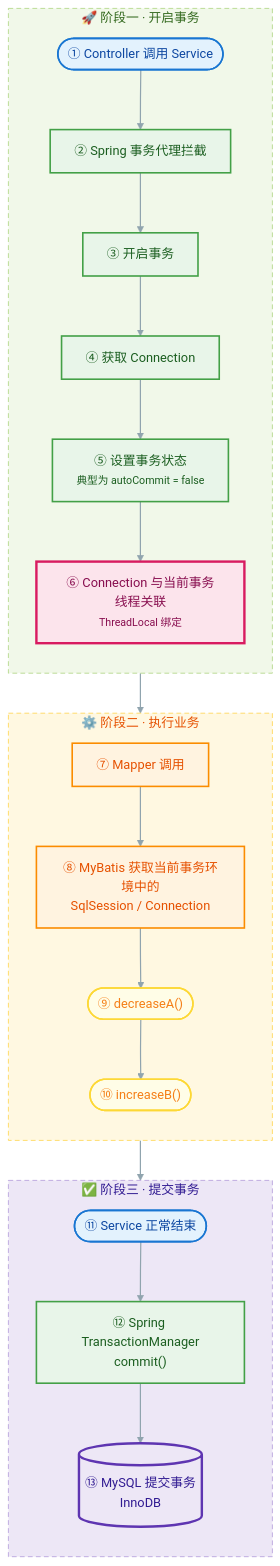
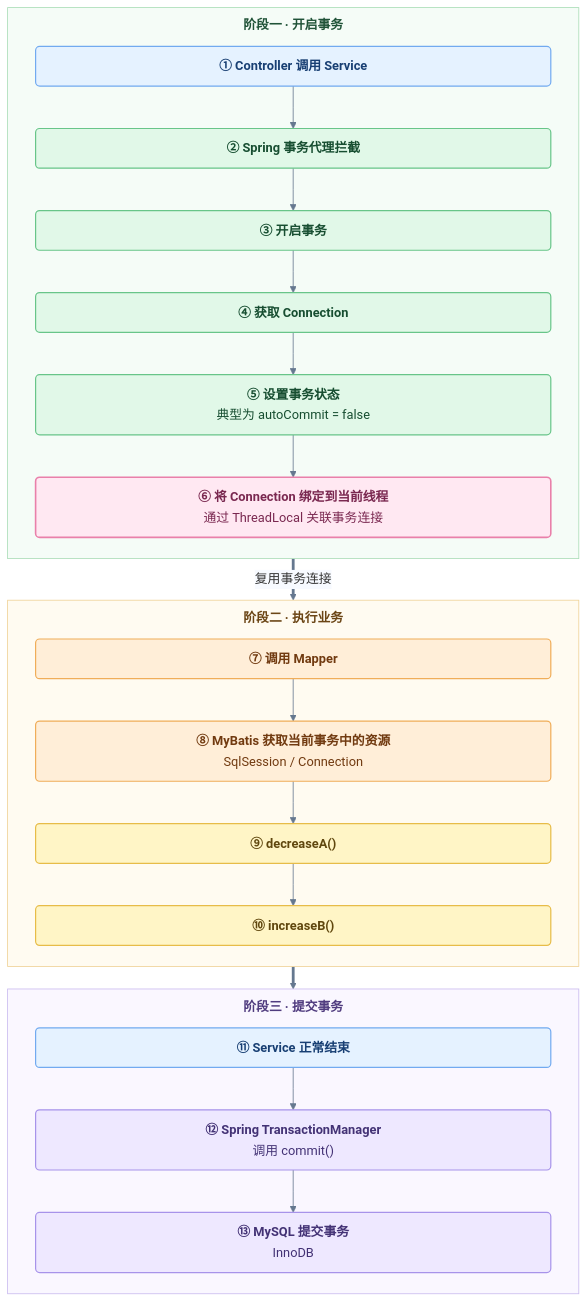
The second of 4 diagrams in 编程语言/JAVA/MyBatis/知识笔记/MyBatis基础篇/MyBatis基础篇.md (scpcddk/Learning-Notes), drawn with Mermaid before and after one commit. The commit also changed 5 other files, not shown here.

````diff
--- a/编程语言/JAVA/MyBatis/知识笔记/MyBatis基础篇/MyBatis基础篇.md
+++ b/编程语言/JAVA/MyBatis/知识笔记/MyBatis基础篇/MyBatis基础篇.md
@@ -2573,50 +2573,45 @@
 ```mermaid
+%%{init: {"htmlLabels": true, "theme": "base", "themeVariables": {"fontSize": "16px", "lineColor": "#65788f", "edgeLabelBackground": "#f7faff"}, "flowchart": {"curve": "linear", "diagramPadding": 12, "rankSpacing": 28, "padding": 12, "wrappingWidth": 680, "subGraphTitleMargin": {"top": 10, "bottom": 12}}}}%%
 flowchart TB
-    %% ============ 阶段一：开启事务 ============
-    subgraph P1["🚀 阶段一 · 开启事务"]
+    subgraph P1["<b>阶段一 · 开启事务</b>"]
         direction TB
-        A(["① Controller 调用 Service"]):::entry
-        B["② Spring 事务代理拦截"]:::spring
-        C["③ 开启事务"]:::spring
-        D["④ 获取 Connection"]:::spring
-        E["⑤ 设置事务状态<br/><small>典型为 autoCommit = false</small>"]:::spring
-        F["⑥ Connection 与当前事务线程关联<br/><small>ThreadLocal 绑定</small>"]:::core
+        A("<div style='width:620px;text-align:center;line-height:1.6'><b>① Controller 调用 Service</b></div>"):::entry
+        B("<div style='width:620px;text-align:center;line-height:1.6'><b>② Spring 事务代理拦截</b></div>"):::spring
+        C("<div style='width:620px;text-align:center;line-height:1.6'><b>③ 开启事务</b></div>"):::spring
+        D("<div style='width:620px;text-align:center;line-height:1.6'><b>④ 获取 Connection</b></div>"):::spring
+        E("<div style='width:620px;text-align:center;line-height:1.6'><b>⑤ 设置事务状态</b><br/>典型为 autoCommit = false</div>"):::spring
+        F("<div style='width:620px;text-align:center;line-height:1.6'><b>⑥ 将 Connection 绑定到当前线程</b><br/>通过 ThreadLocal 关联事务连接</div>"):::connection
         A --> B --> C --> D --> E --> F
     end
 
-    %% ============ 阶段二：执行业务 ============
-    subgraph P2["⚙️ 阶段二 · 执行业务"]
+    subgraph P2["<b>阶段二 · 执行业务</b>"]
         direction TB
-        G["⑦ Mapper 调用"]:::mybatis
-        H["⑧ MyBatis 获取当前事务环境中的<br/>SqlSession / Connection"]:::mybatis
-        I(["⑨ decreaseA()"]):::biz
-        J(["⑩ increaseB()"]):::biz
+        G("<div style='width:620px;text-align:center;line-height:1.6'><b>⑦ 调用 Mapper</b></div>"):::mybatis
+        H("<div style='width:620px;text-align:center;line-height:1.6'><b>⑧ MyBatis 获取当前事务中的资源</b><br/>SqlSession / Connection</div>"):::mybatis
+        I("<div style='width:620px;text-align:center;line-height:1.6'><b>⑨ decreaseA()</b></div>"):::business
+        J("<div style='width:620px;text-align:center;line-height:1.6'><b>⑩ increaseB()</b></div>"):::business
         G --> H --> I --> J
     end
 
-    %% ============ 阶段三：提交事务 ============
-    subgraph P3["✅ 阶段三 · 提交事务"]
+    subgraph P3["<b>阶段三 · 提交事务</b>"]
         direction TB
-        K(["⑪ Service 正常结束"]):::entry
-        L["⑫ Spring TransactionManager<br/>commit()"]:::spring
-        M[("⑬ MySQL 提交事务<br/>InnoDB")]:::db
+        K("<div style='width:620px;text-align:center;line-height:1.6'><b>⑪ Service 正常结束</b></div>"):::entry
+        L("<div style='width:620px;text-align:center;line-height:1.6'><b>⑫ Spring TransactionManager</b><br/>调用 commit()</div>"):::commit
+        M("<div style='width:620px;text-align:center;line-height:1.6'><b>⑬ MySQL 提交事务</b><br/>InnoDB</div>"):::commit
         K --> L --> M
     end
 
-    F ==> G
-    J ==> K
+    P1 ==>|"复用事务连接"| P2
+    P2 ==> P3
 
-    %% ============ 样式 ============
-    classDef entry   fill:#E3F2FD,stroke:#1976D2,stroke-width:2px,color:#0D47A1,rx:20,ry:20;
-    classDef spring  fill:#E8F5E9,stroke:#43A047,stroke-width:2px,color:#1B5E20;
-    classDef mybatis fill:#FFF3E0,stroke:#FB8C00,stroke-width:2px,color:#E65100;
-    classDef biz     fill:#FFFDE7,stroke:#FDD835,stroke-width:2px,color:#F57F17;
-    classDef core    fill:#FCE4EC,stroke:#D81B60,stroke-width:3px,color:#880E4F;
-    classDef db      fill:#EDE7F6,stroke:#5E35B1,stroke-width:3px,color:#311B92;
+    classDef entry      fill:#e5f2ff,stroke:#72aaf0,color:#183f73,stroke-width:1.5px;
+    classDef spring     fill:#e1f8e8,stroke:#68c589,color:#174e31,stroke-width:1.5px;
+    classDef connection fill:#ffe8f2,stroke:#e980aa,color:#7a2850,stroke-width:2px;
+    classDef mybatis    fill:#ffeed8,stroke:#f0ad59,color:#713a10,stroke-width:1.5px;
+    classDef business   fill:#fff5c6,stroke:#e7bc48,color:#60470e,stroke-width:1.5px;
+    classDef commit     fill:#eee8ff,stroke:#a793ea,color:#433275,stroke-width:1.5px;
 
-    style P1 fill:#F1F8E9,stroke:#AED581,stroke-dasharray:6 4,color:#33691E
-    style P2 fill:#FFF8E1,stroke:#FFD54F,stroke-dasharray:6 4,color:#E65100
-    style P3 fill:#EDE7F6,stroke:#B39DDB,stroke-dasharray:6 4,color:#311B92
-
-    linkStyle default stroke:#90A4AE,stroke-width:1.5px
+    style P1 fill:#f5fcf7,stroke:#a9dcb6,color:#205338
+    style P2 fill:#fffbf1,stroke:#efd296,color:#6b4515
+    style P3 fill:#faf7ff,stroke:#c9baef,color:#503c7f
 ```
````
